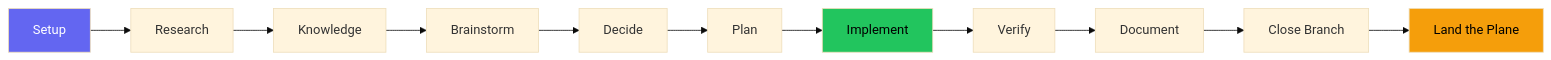
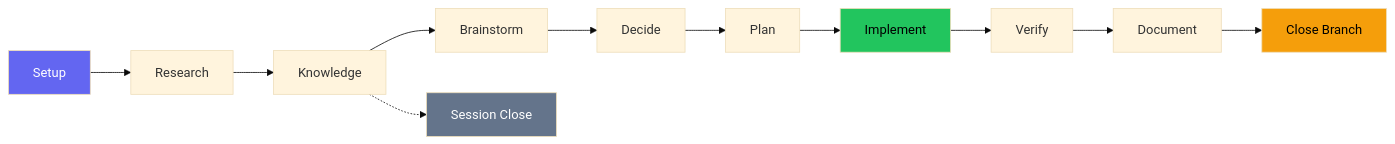
Before and after one commit to DollarDill/beads-superpowers: the first of 3 diagrams in docs/workflow.md, drawn with Mermaid (base theme). The commit also changed other lines of this file and 2 other files, not shown here.

````diff
--- a/docs/workflow.md
+++ b/docs/workflow.md
@@ -9,17 +9,18 @@
 ```mermaid
 graph LR
   S1[Setup] --> S2[Research]
   S2 --> S3[Knowledge]
   S3 --> S4[Brainstorm]
   S4 --> S5[Decide]
   S5 --> S6[Plan]
   S6 --> S7[Implement]
   S7 --> S8[Verify]
   S8 --> S9[Document]
   S9 --> S10[Close Branch]
-  S10 --> S11[Land the Plane]
+  S3 -.-> S11[Session Close]
 
   style S1 fill:#6366f1,color:#fff
   style S7 fill:#22c55e,color:#000
-  style S11 fill:#f59e0b,color:#000
+  style S10 fill:#f59e0b,color:#000
+  style S11 fill:#64748b,color:#fff
 ```
````
